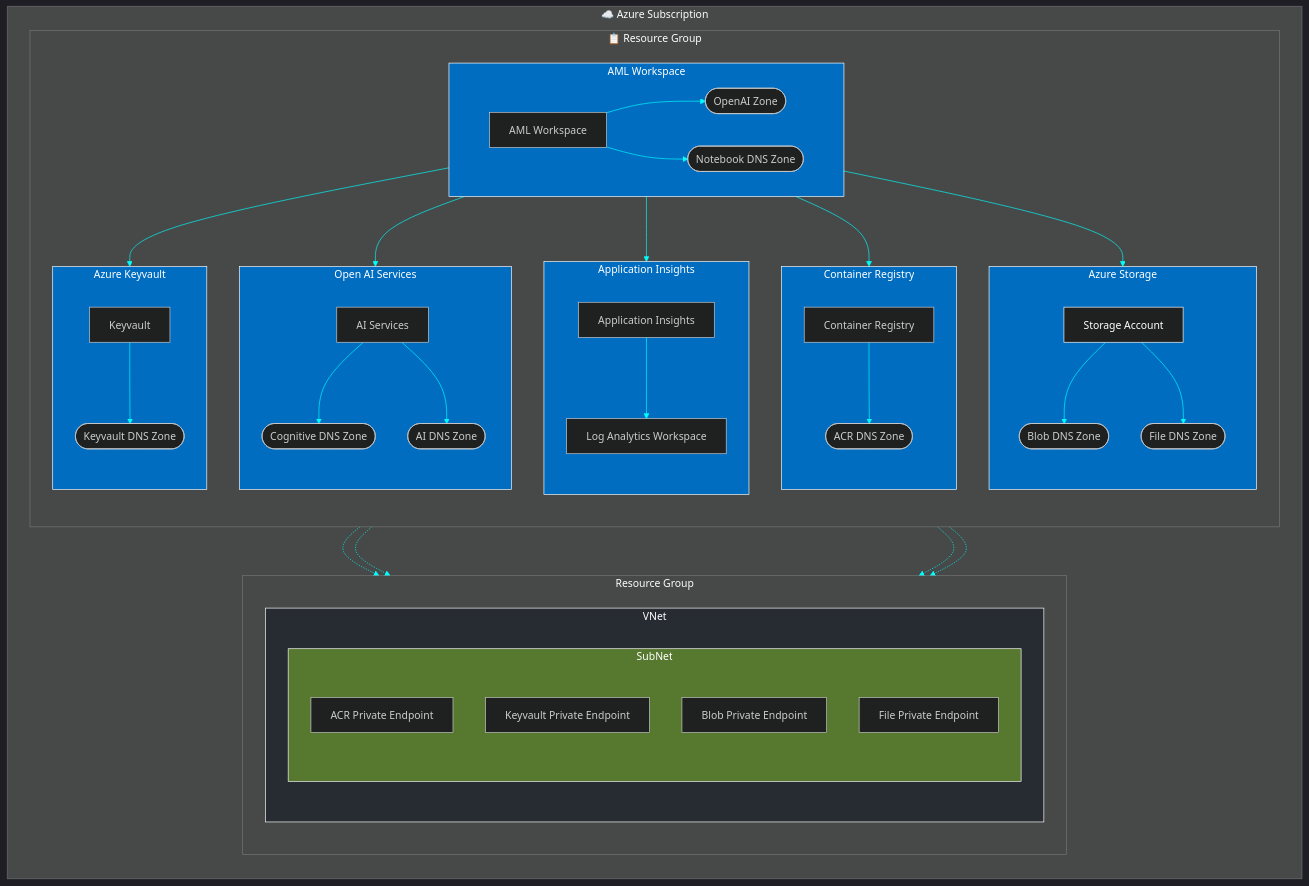
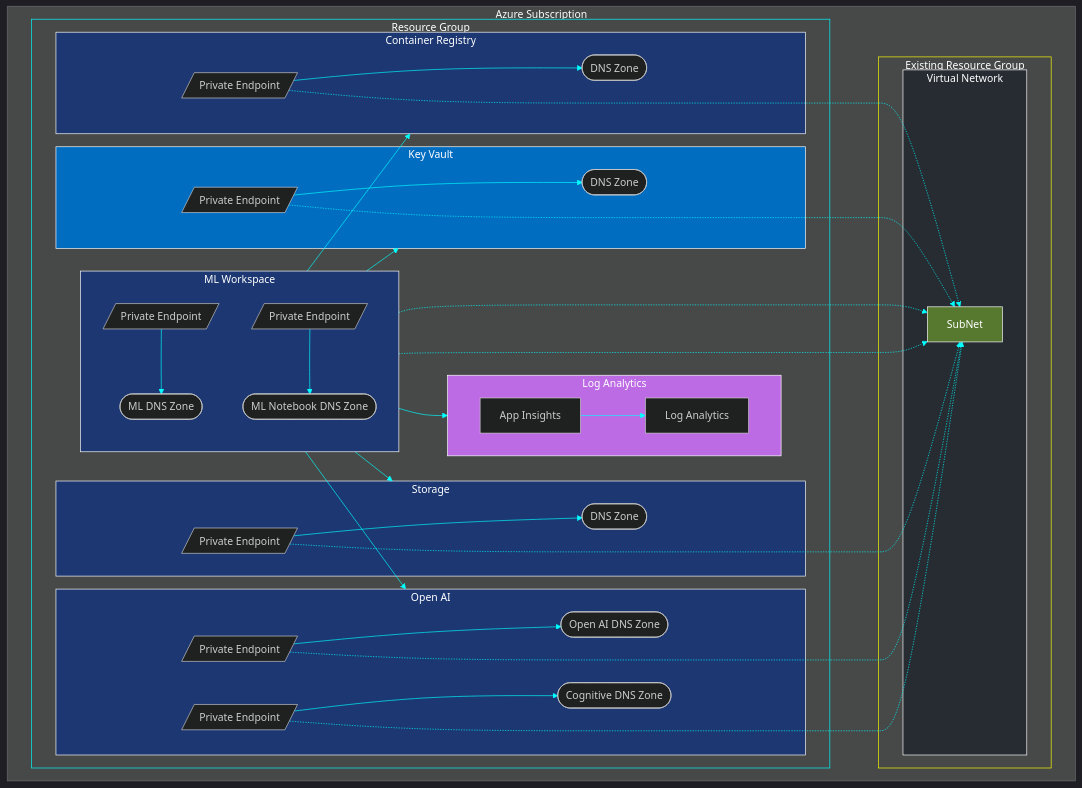
The diagram in README.md (pinakighatak/Damen-AzureML), drawn with Mermaid before and after one commit. The commit also changed other lines of this file and 3 other files, not shown here.

Commit message:
Final diagram

````diff
--- a/README.md
+++ b/README.md
@@ -72,87 +72,77 @@
     }
   }
 }%%
+
 graph TD
-subgraph AzureSubscription["☁️ Azure Subscription"]
-    direction TB
-    subgraph ResourceGroup ["📋 Resource Group"]
-        direction TB
-        subgraph AMLWorkspace ["AML Workspace"]
+subgraph Subscription[Azure Subscription]
+    direction LR
+    subgraph NewRG[Resource Group]
+        subgraph MLWorkspace[ML Workspace]
+            direction TB
+            MLWDNSZone([ML DNS Zone])
+            MLNotebookDNSZone([ML Notebook DNS Zone])
+            PEPMLDNSZone[/Private Endpoint/]
+            PEPMLNotebookDNSZone[/Private Endpoint/]
+        end
+        subgraph Monitor[Log Analytics]
             direction LR
-            ModuleAMWW["AML Workspace"]
-            AMLSOAIDNSZONE(["OpenAI Zone"])
-            AMLNBDNSZONE(["Notebook DNS Zone"])
-            ModuleAMWW --> AMLSOAIDNSZONE
-            ModuleAMWW --> AMLNBDNSZONE
-        end    
-        subgraph AppInsights["Application Insights"]
-            direction TB
-            AInsights["Application Insights"]
-            LAW["Log Analytics Workspace"]
-            AInsights --> LAW
-        end    
-        subgraph Storage["Azure Storage"]
-            direction TB
-            ModuleStorage["Storage Account"]
-            STABlobDNSZONE(["Blob DNS Zone"])
-            STAFileDNSZONE(["File DNS Zone"])
-            ModuleStorage --> STABlobDNSZONE
-            ModuleStorage --> STAFileDNSZONE
-        end    
-        subgraph AIServices["Open AI Services"]
-            direction TB
-            ModuleAIServices["AI Services"]
-            CogDNSZONE(["Cognitive DNS Zone"])
-            AIDNSZONE(["AI DNS Zone"])
-            ModuleAIServices --> CogDNSZONE
-            ModuleAIServices --> AIDNSZONE
+            AppInsights[App Insights]
+            LAW[Log Analytics]
+            AppInsights --> LAW
         end
-        subgraph ACR["Container Registry"]
-            direction TB
-            CR["Container Registry"]
-            ACRDNS(["ACR DNS Zone"])
-            CR --> ACRDNS
-        end    
-        subgraph Keyvault["Azure Keyvault"]
-            direction TB
-            AKV["Keyvault"]
-            AKVDNS(["Keyvault DNS Zone"])
-            AKV --> AKVDNS
-        end    
+        subgraph ACR[Container Registry]
+            ACRDNSZone([DNS Zone])
+            PEPACR[/Private Endpoint/]
+            PEPACR --> ACRDNSZone
+        end
+        subgraph Vault[Key Vault]
+            AKVDNSZone([DNS Zone])
+            PEPAKV[/Private Endpoint/]
+            PEPAKV --> AKVDNSZone
+        end
+        subgraph Storage[Storage]
+            StorageDNSZone([DNS Zone])
+            PEPStorage[/Private Endpoint/]
+            PEPStorage --> StorageDNSZone
+        end
+        subgraph OpenAI[Open AI]
+            OpenAIDNSZone([Open AI DNS Zone])
+            PEPOpenAIDNSZone[/Private Endpoint/]
+            CognitiveDNSZone([Cognitive DNS Zone])
+            PEPCognitiveDNSZone[/Private Endpoint/]
+        end
+        PEPOpenAIDNSZone --> OpenAIDNSZone
+        PEPCognitiveDNSZone --> CognitiveDNSZone
+        PEPMLDNSZone --> MLWDNSZone
+        PEPMLNotebookDNSZone --> MLNotebookDNSZone
+        MLWorkspace --> Monitor
+        MLWorkspace --> ACR
+        MLWorkspace --> Vault
+        MLWorkspace --> Storage
+        MLWorkspace --> OpenAI
     end
-    subgraph NetworkResourceGroup ["Resource Group"]
-        direction TB
-        subgraph VNET ["VNet"]
-            direction TB
-            subgraph ExistingSubNet["SubNet"]
-            direction TB
-                PEPRegistry["ACR Private Endpoint"]
-                PEPVault["Keyvault Private Endpoint"]
-                PEPBlob["Blob Private Endpoint"]
-                PEPFile["File Private Endpoint"]
-            end
-
-        end    
+    subgraph ExistingRG[Existing Resource Group]
+        subgraph VNET[Virtual Network]
+            SubNet[SubNet]
+        end
     end
+    PEPACR -..-> SubNet
+    PEPOpenAIDNSZone -..-> SubNet
+    PEPCognitiveDNSZone -..-> SubNet
+    PEPMLDNSZone -..-> SubNet
+    PEPMLNotebookDNSZone -..-> SubNet
+    PEPAKV -..-> SubNet
+    PEPStorage -..-> SubNet
 end
 
-AMLWorkspace --> Storage
-AMLWorkspace --> AIServices
-AMLWorkspace --> AppInsights
-AMLWorkspace --> ACR
-AMLWorkspace --> Keyvault
-STABlobDNSZONE -.-> PEPBlob
-STAFileDNSZONE -.-> PEPFile
-ACRDNS -.-> PEPRegistry
-AKVDNS -.->PEPVault
-style AMLWorkspace fill:#006DC1,stroke:#fff,stroke-width:1px,color:#fff
-style Storage fill:#006DC1,stroke:#fff,stroke-width:1px,color:#fff
-style AIServices fill:#006DC1,stroke:#fff,color:#fff
-style AppInsights fill:#006DC1,stroke:#fff,color:#fff
-style ACR fill:#006DC1,stroke:#fff,color:#fff
-style Keyvault fill:#006DC1,stroke:#fff,color:#fff
+style MLWorkspace fill:#1C3772,stroke:#fff,stroke-width:1px,color:#fff
+style Storage fill:#1C3772,stroke:#fff,stroke-width:1px,color:#fff
+style OpenAI fill:#1C3772,stroke:#fff,color:#fff
+style Monitor fill:#BD6aE5,stroke:#fff,color:#fff
+style ACR fill:#1C3772,stroke:#fff,color:#fff
+style Vault fill:#006DC1,stroke:#fff,color:#fff
 style VNET fill:#272B32,stroke:#fff,color:#fff
-style ExistingSubNet fill:#57792F,stroke:#fff,color:#fff
-style ModuleStorage stroke:#fff,color:#fff
-
+style SubNet fill:#57792F,stroke:#fff,color:#fff
+style NewRG stroke:#00ffff,color:#fff
+style ExistingRG stroke:#ff0f,color:#fff
 ```
````
